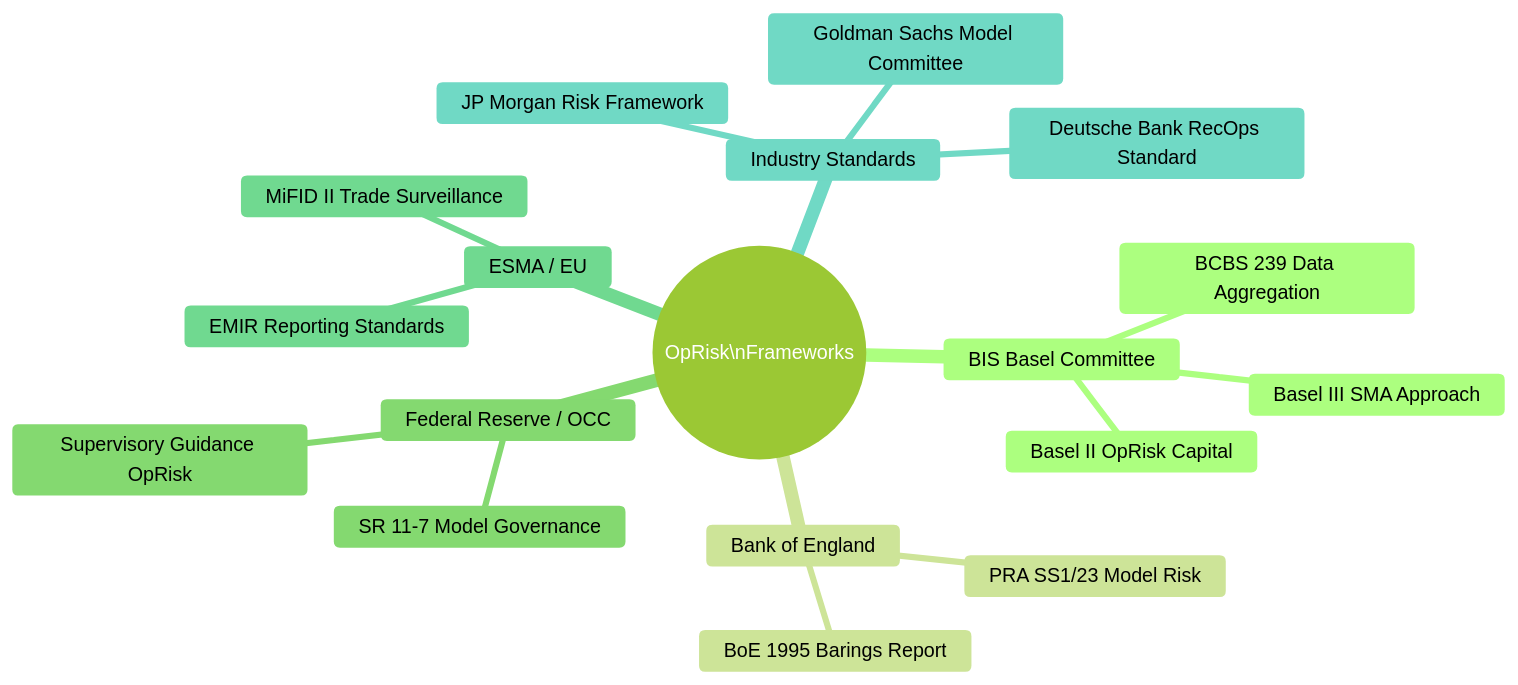
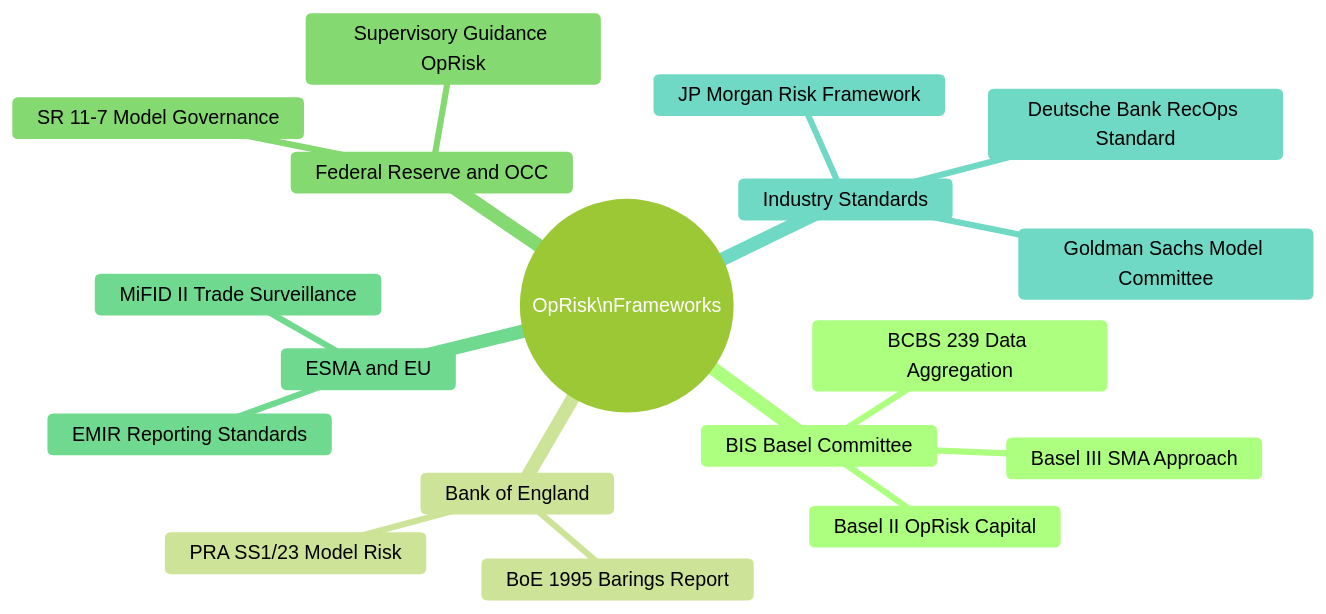
Before and after one commit to maykonlincolnusa/Barings-Bank-collapse: the third of 3 diagrams in README.md, drawn with Mermaid (forest theme). The commit also changed other lines of this file, not shown here.

````diff
--- a/README.md
+++ b/README.md
@@ -353,21 +353,21 @@
 ```mermaid
 mindmap
   root((OpRisk\nFrameworks))
     BIS Basel Committee
       Basel II OpRisk Capital
       Basel III SMA Approach
       BCBS 239 Data Aggregation
     Bank of England
       BoE 1995 Barings Report
       PRA SS1/23 Model Risk
-    Federal Reserve / OCC
+    Federal Reserve and OCC
       SR 11-7 Model Governance
       Supervisory Guidance OpRisk
-    ESMA / EU
+    ESMA and EU
       MiFID II Trade Surveillance
       EMIR Reporting Standards
     Industry Standards
       JP Morgan Risk Framework
       Goldman Sachs Model Committee
       Deutsche Bank RecOps Standard
 ```
````
